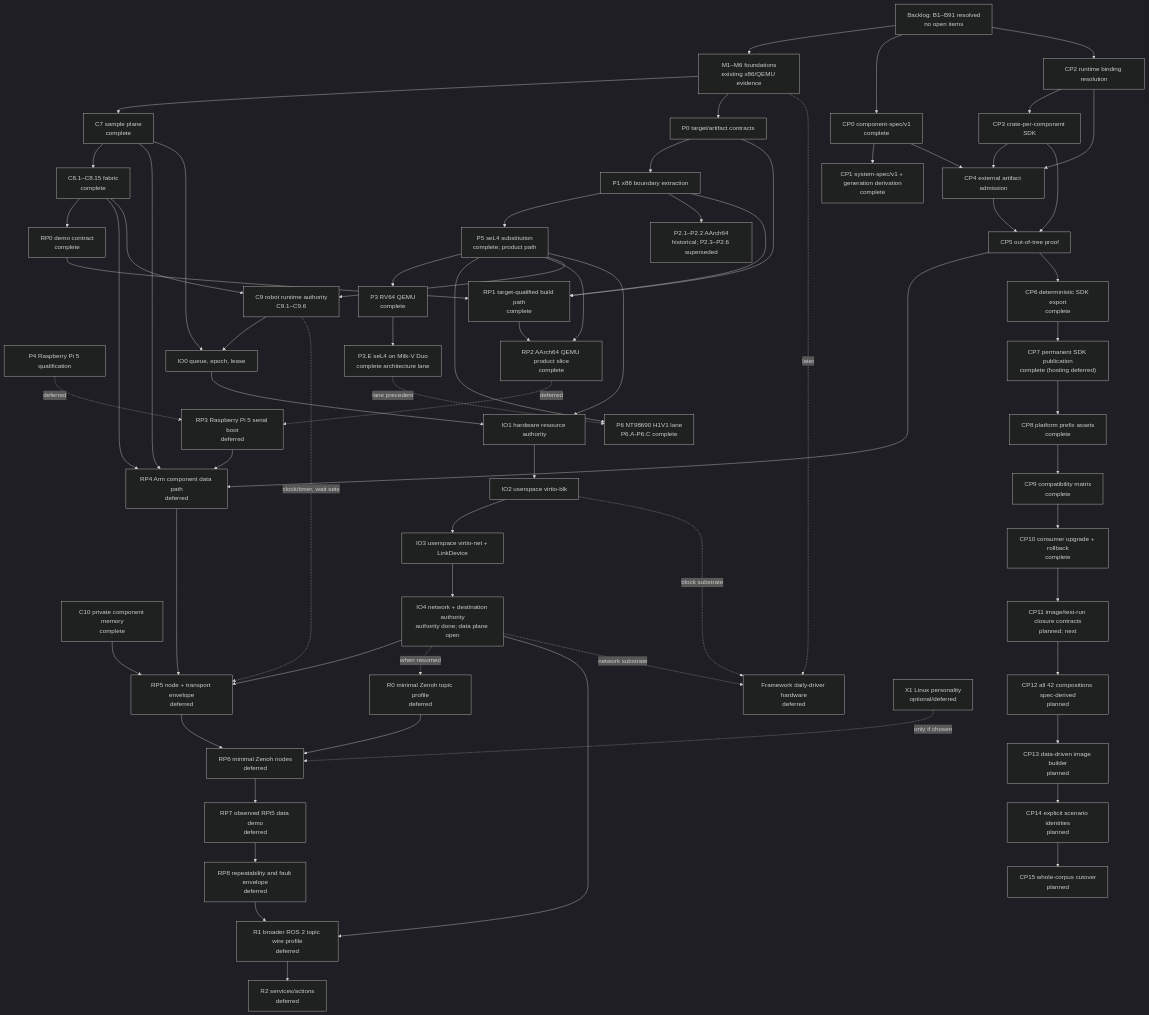
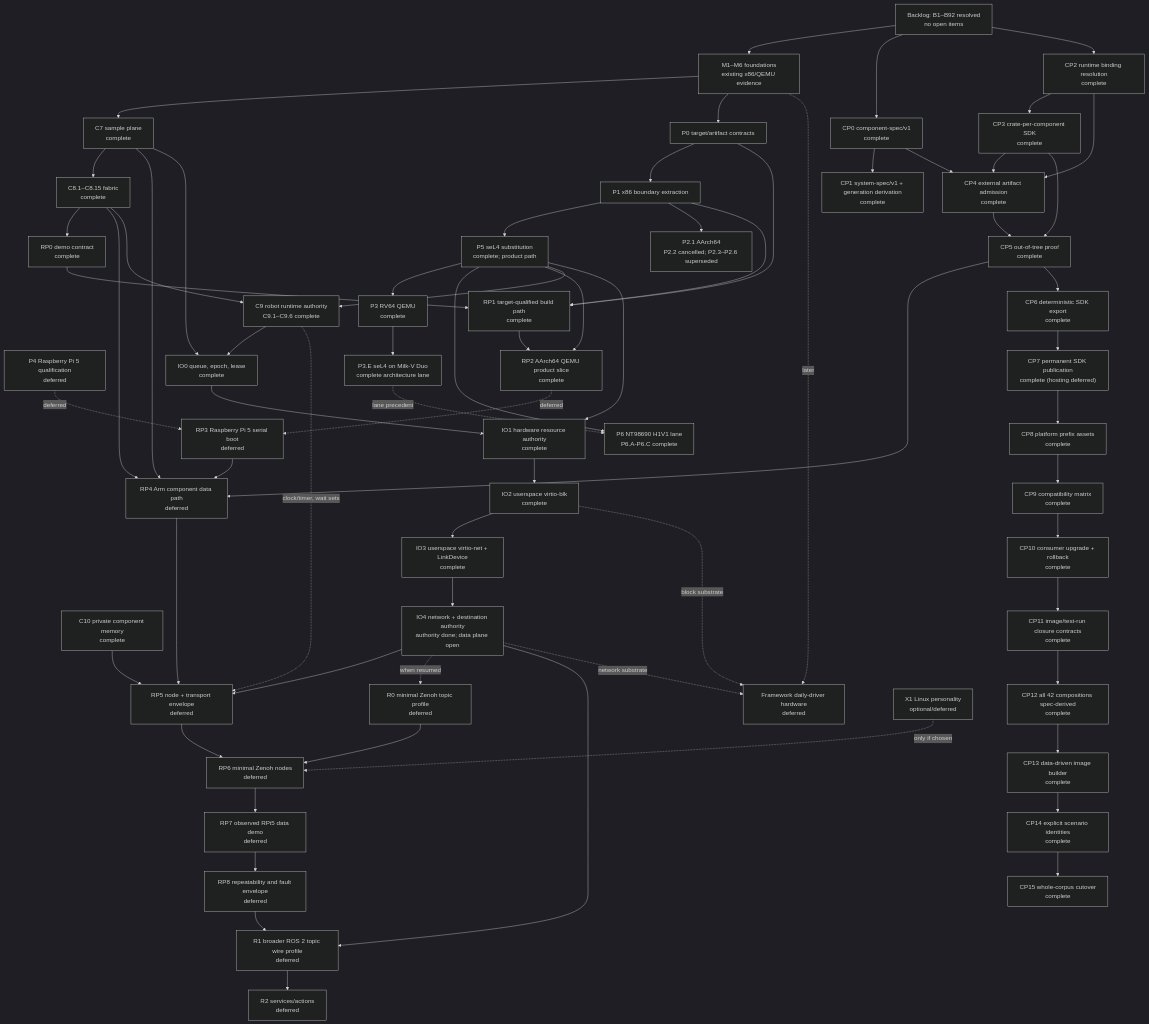
One commit to iceice666/slime_os changed the diagram in roadmap/README.md. Above: the diagram before and after it, drawn with Mermaid (dark theme). The commit also changed other lines of this file and 15 other files, not shown here.

````diff
--- a/roadmap/README.md
+++ b/roadmap/README.md
@@ -54,37 +56,37 @@
 ```mermaid
 flowchart TD
-    Backlog["Backlog: B1–B91 resolved\nno open items"]
+    Backlog["Backlog: B1–B92 resolved\nno open items"]
     Foundations["M1–M6 foundations\nexisting x86/QEMU evidence"]
     C7["C7 sample plane\ncomplete"]
     C8["C8.1–C8.15 fabric\ncomplete"]
     P0["P0 target/artifact contracts"]
     P1["P1 x86 boundary extraction"]
-    P2["P2.1–P2.2 AArch64\nhistorical; P2.3–P2.6 superseded"]
+    P2["P2.1 AArch64\nP2.2 cancelled; P2.3–P2.6 superseded"]
     P5["P5 seL4 substitution\ncomplete; product path"]
-    P4["P4 Raspberry Pi 5 qualification"]
-    C9["C9 robot runtime authority\nC9.1–C9.6"]
+    P4["P4 Raspberry Pi 5 qualification\ndeferred"]
+    C9["C9 robot runtime authority\nC9.1–C9.6 complete"]
     C10["C10 private component memory\ncomplete"]
-    IO0["IO0 queue, epoch, lease"]
-    IO1["IO1 hardware resource authority"]
-    IO2["IO2 userspace virtio-blk"]
-    IO3["IO3 userspace virtio-net + LinkDevice"]
+    IO0["IO0 queue, epoch, lease\ncomplete"]
+    IO1["IO1 hardware resource authority\ncomplete"]
+    IO2["IO2 userspace virtio-blk\ncomplete"]
+    IO3["IO3 userspace virtio-net + LinkDevice\ncomplete"]
     IO4["IO4 network + destination authority\nauthority done; data plane open"]
     CP0["CP0 component-spec/v1\ncomplete"]
     CP1["CP1 system-spec/v1 + generation derivation\ncomplete"]
-    CP2["CP2 runtime binding resolution"]
-    CP3["CP3 crate-per-component SDK"]
-    CP4["CP4 external artifact admission"]
-    CP5["CP5 out-of-tree proof"]
+    CP2["CP2 runtime binding resolution\ncomplete"]
+    CP3["CP3 crate-per-component SDK\ncomplete"]
+    CP4["CP4 external artifact admission\ncomplete"]
+    CP5["CP5 out-of-tree proof\ncomplete"]
     CP6["CP6 deterministic SDK export\ncomplete"]
     CP7["CP7 permanent SDK publication\ncomplete (hosting deferred)"]
     CP8["CP8 platform prefix assets\ncomplete"]
     CP9["CP9 compatibility matrix\ncomplete"]
     CP10["CP10 consumer upgrade + rollback\ncomplete"]
-    CP11["CP11 image/test-run closure contracts\nplanned; next"]
-    CP12["CP12 all 42 compositions spec-derived\nplanned"]
-    CP13["CP13 data-driven image builder\nplanned"]
-    CP14["CP14 explicit scenario identities\nplanned"]
-    CP15["CP15 whole-corpus cutover\nplanned"]
+    CP11["CP11 image/test-run closure contracts\ncomplete"]
+    CP12["CP12 all 42 compositions spec-derived\ncomplete"]
+    CP13["CP13 data-driven image builder\ncomplete"]
+    CP14["CP14 explicit scenario identities\ncomplete"]
+    CP15["CP15 whole-corpus cutover\ncomplete"]
     R0["R0 minimal Zenoh topic profile\ndeferred"]
     RP0["RP0 demo contract\ncomplete"]
     RP1["RP1 target-qualified build path\ncomplete"]
````
